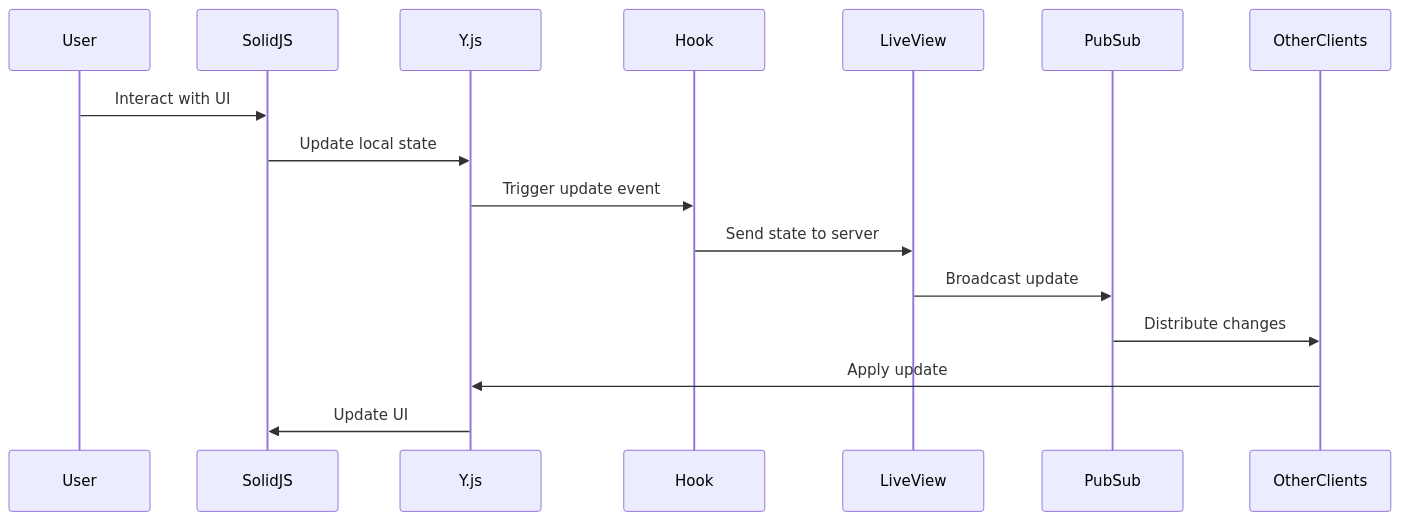
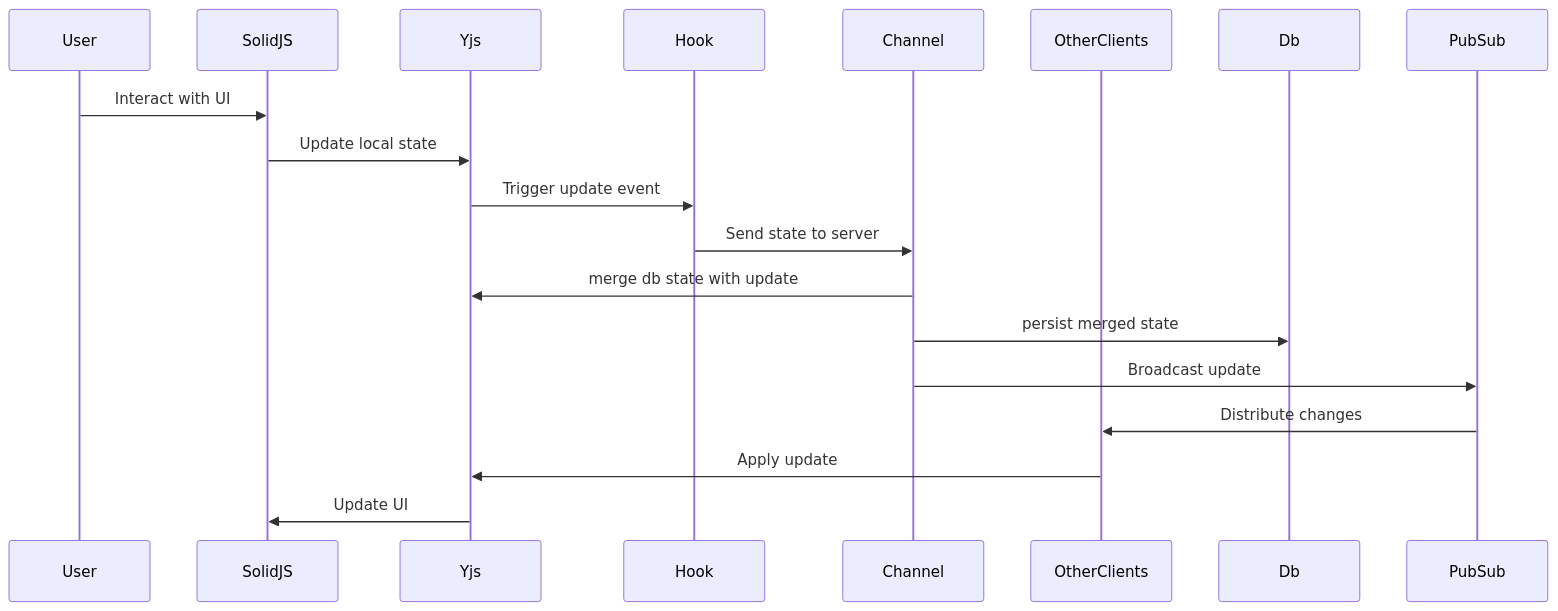
Before and after one commit to dwyl/PWA-Liveview: the eighth of 8 diagrams in README.md, drawn with Mermaid. The commit also changed other lines of this file and 121 other files, not shown here.

````diff
--- a/README.md
+++ b/README.md
@@ -816,20 +680,22 @@
 ```mermaid
 sequenceDiagram
     participant User
 
     participant SolidJS
-    participant Y.js
+    participant Yjs
     participant Hook
-    participant LiveView
-    participant PubSub
+    participant Channel
     participant OtherClients
+    participant Db
 
     User->>SolidJS: Interact with UI
-    SolidJS->>Y.js: Update local state
-    Y.js->>Hook: Trigger update event
-    Hook->>LiveView: Send state to server
-    LiveView->>PubSub: Broadcast update
+    SolidJS->>Yjs: Update local state
+    Yjs->>Hook: Trigger update event
+    Hook->>Channel: Send state to server
+    Channel->>Yjs: merge db state with update
+    Channel->>Db: persist merged state
+    Channel->>PubSub: Broadcast update
     PubSub->>OtherClients: Distribute changes
-    OtherClients->>Y.js: Apply update
-    Y.js->>SolidJS: Update UI
+    OtherClients->>Yjs: Apply update
+    Yjs->>SolidJS: Update UI
 ```
````
